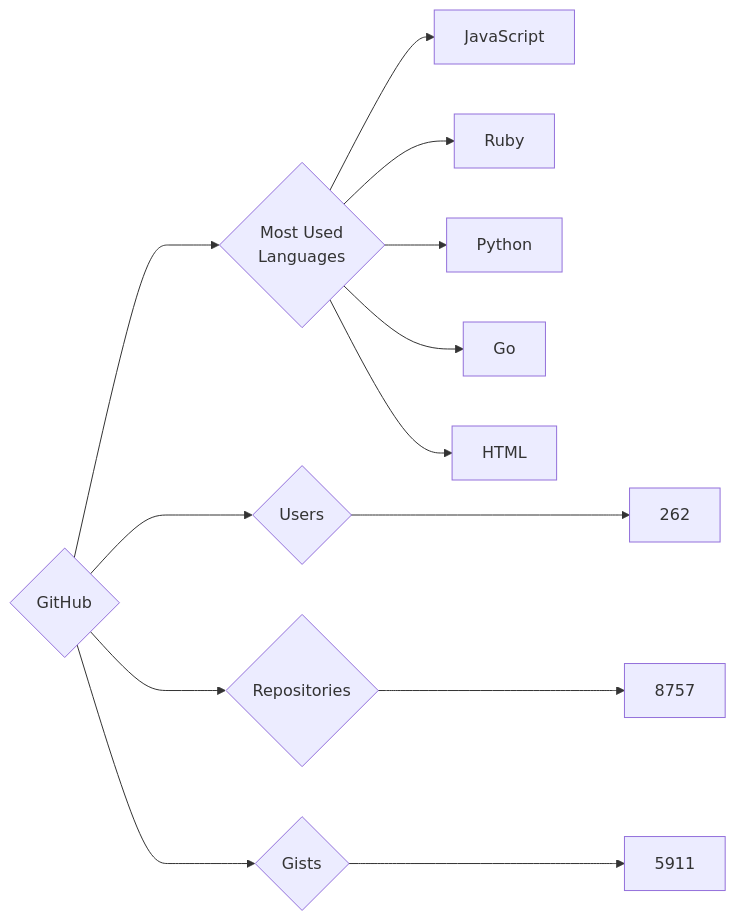
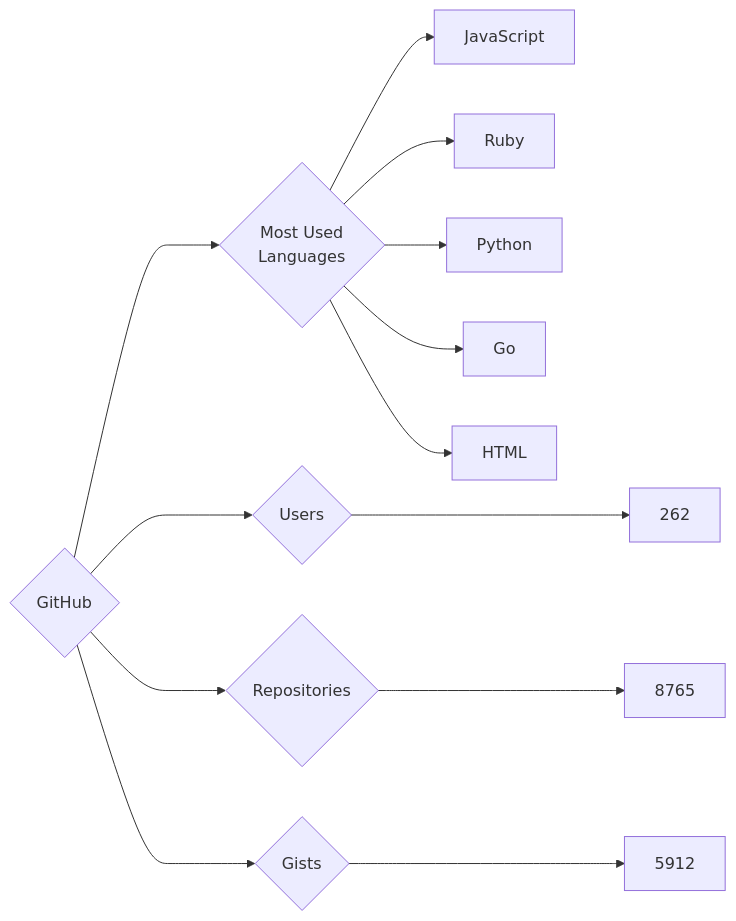
The diagram in targets/GitHub/README.md (trickest/insiders), drawn with Mermaid before and after one commit. The commit also changed 681 other files, not shown here.

````diff
--- a/targets/GitHub/README.md
+++ b/targets/GitHub/README.md
@@ -3,13 +3,13 @@
 ```mermaid
 graph LR
 COMPANY_NAME{GitHub}
 COMPANY_NAME ---> U{Users} ---> UN[262]
-COMPANY_NAME ---> R{Repositories} ---> RN[8757]
-COMPANY_NAME ---> G{Gists} ---> GN[5911]
+COMPANY_NAME ---> R{Repositories} ---> RN[8765]
+COMPANY_NAME ---> G{Gists} ---> GN[5912]
 COMPANY_NAME ---> ML{Most Used<br>Languages}
 ML --> JavaScript[JavaScript]
 ML --> Ruby[Ruby]
 ML --> Python[Python]
 ML --> Go[Go]
 ML --> HTML[HTML]
 ```
````
